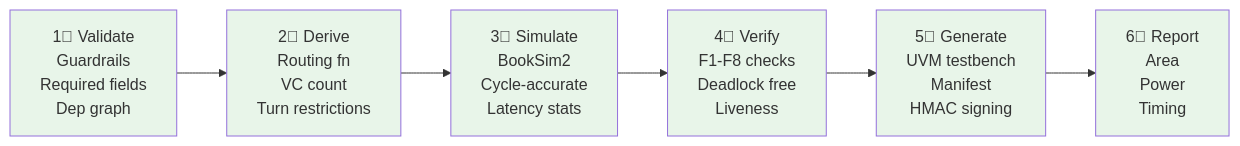
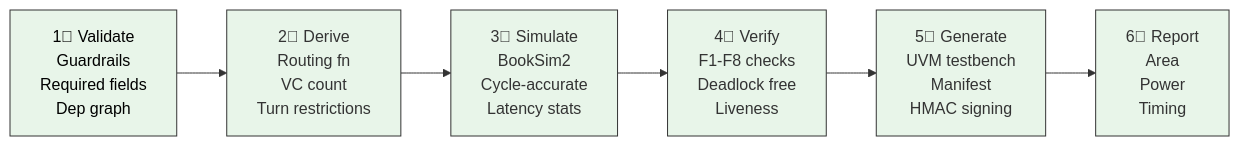
Before and after one commit to Anmol-S314/veritx-research: diagram 12 of 17 in tracks/t3-topology/dse/README.md, drawn with Mermaid. The commit also changed other lines of this file and 1 other file, not shown here.

First line of the commit message:
docs: improve Mermaid diagram styling across all 22 diagrams

````diff
--- a/tracks/t3-topology/dse/README.md
+++ b/tracks/t3-topology/dse/README.md
@@ -1651,14 +1803,22 @@
 ```mermaid
 flowchart LR
     S1["1⃣ Validate\nGuardrails\nRequired fields\nDep graph"] --> S2["2⃣ Derive\nRouting fn\nVC count\nTurn restrictions"]
     S2 --> S3["3⃣ Simulate\nBookSim2\nCycle-accurate\nLatency stats"]
     S3 --> S4["4⃣ Verify\n F1-F8 checks\n Deadlock free\n Liveness"]
     S4 --> S5["5⃣ Generate\n UVM testbench\n Manifest\n HMAC signing"]
     S5 --> S6["6⃣ Report\n Area\n Power\n Timing"]
-    style S1 fill:#e8f5e9
-    style S2 fill:#e8f5e9
-    style S3 fill:#e8f5e9
-    style S4 fill:#e8f5e9
-    style S5 fill:#e8f5e9
-    style S6 fill:#e8f5e9
+    style S1 fill:#e8f5e9,stroke:#333
+    style S2 fill:#e8f5e9,stroke:#333
+    style S3 fill:#e8f5e9,stroke:#333
+    style S4 fill:#e8f5e9,stroke:#333
+    style S5 fill:#e8f5e9,stroke:#333
+    style S6 fill:#e8f5e9,stroke:#333
+
+
+    classDef input fill:#e1f5fe,stroke:#01579b,color:#000
+    classDef cli fill:#e8f5e9,stroke:#2e7d32,color:#000
+    classDef sim fill:#fff3e0,stroke:#e65100,color:#000
+    classDef api fill:#fce4ec,stroke:#c62828,color:#000
+    classDef output fill:#f3e5f5,stroke:#6a1b9a,color:#000
+    class S1 cli
 ```
````
